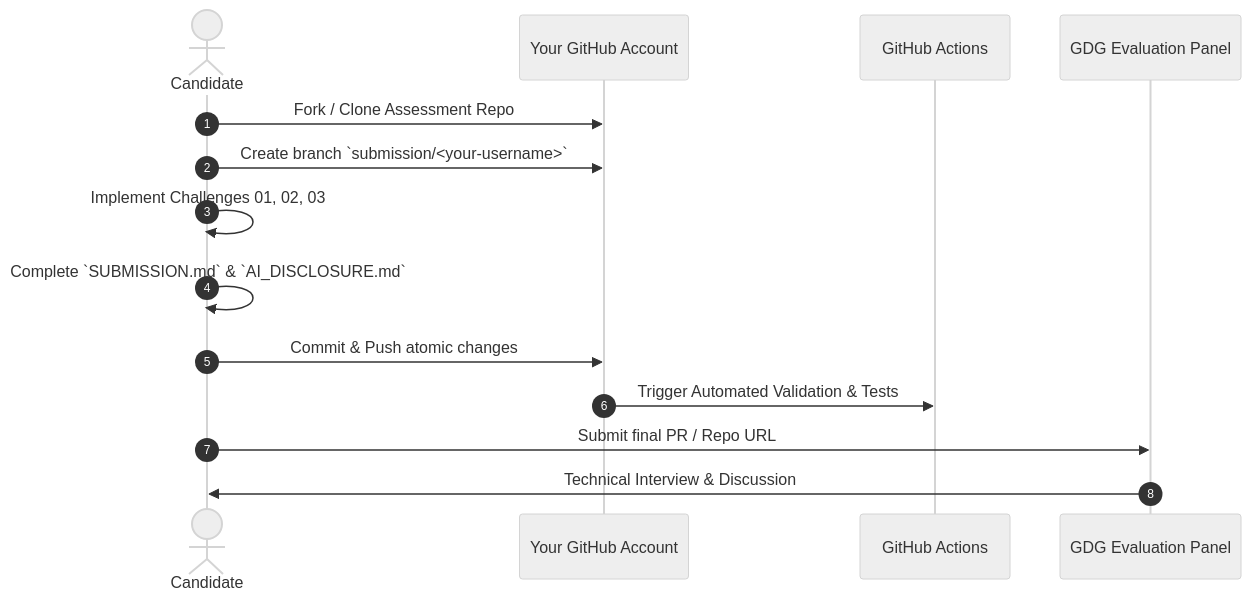
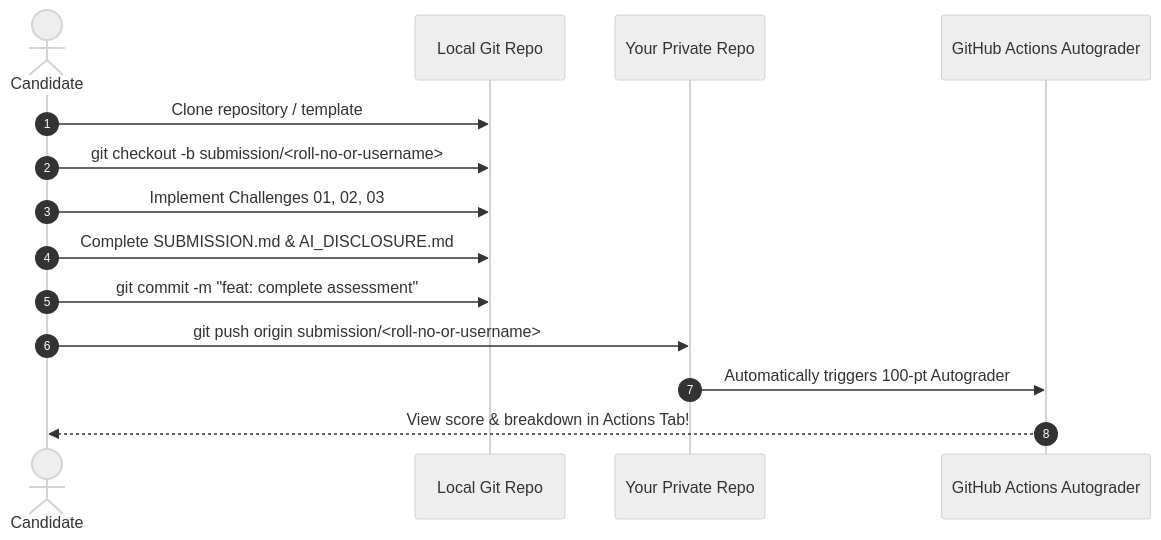
Before and after one commit to VinaySiddha/gdgoc-organiser-recruitment: the diagram in docs/CANDIDATE_GUIDE.md, drawn with Mermaid (neutral theme). The commit also changed other lines of this file and 2 other files, not shown here.

Commit message:
Update contribution guidelines and candidate assessment workflow

````diff
--- a/docs/CANDIDATE_GUIDE.md
+++ b/docs/CANDIDATE_GUIDE.md
@@ -31,17 +31,17 @@
 ```mermaid
 sequenceDiagram
     autonumber
     actor Candidate
-    participant GitHub as Your GitHub Account
-    participant CI as GitHub Actions
-    participant Reviewers as GDG Evaluation Panel
+    participant Git as Local Git Repo
+    participant GitHub as Your Private Repo
+    participant Autograder as GitHub Actions Autograder
 
-    Candidate->>GitHub: Fork / Clone Assessment Repo
-    Candidate->>GitHub: Create branch `submission/<your-username>`
-    Candidate->>Candidate: Implement Challenges 01, 02, 03
-    Candidate->>Candidate: Complete `SUBMISSION.md` & `AI_DISCLOSURE.md`
-    Candidate->>GitHub: Commit & Push atomic changes
-    GitHub->>CI: Trigger Automated Validation & Tests
-    Candidate->>Reviewers: Submit final PR / Repo URL
-    Reviewers->>Candidate: Technical Interview & Discussion
+    Candidate->>Git: Clone repository / template
+    Candidate->>Git: git checkout -b submission/<roll-no-or-username>
+    Candidate->>Git: Implement Challenges 01, 02, 03
+    Candidate->>Git: Complete SUBMISSION.md & AI_DISCLOSURE.md
+    Candidate->>Git: git commit -m "feat: complete assessment"
+    Candidate->>GitHub: git push origin submission/<roll-no-or-username>
+    GitHub->>Autograder: Automatically triggers 100-pt Autograder
+    Autograder-->>Candidate: View score & breakdown in Actions Tab!
 ```
````
